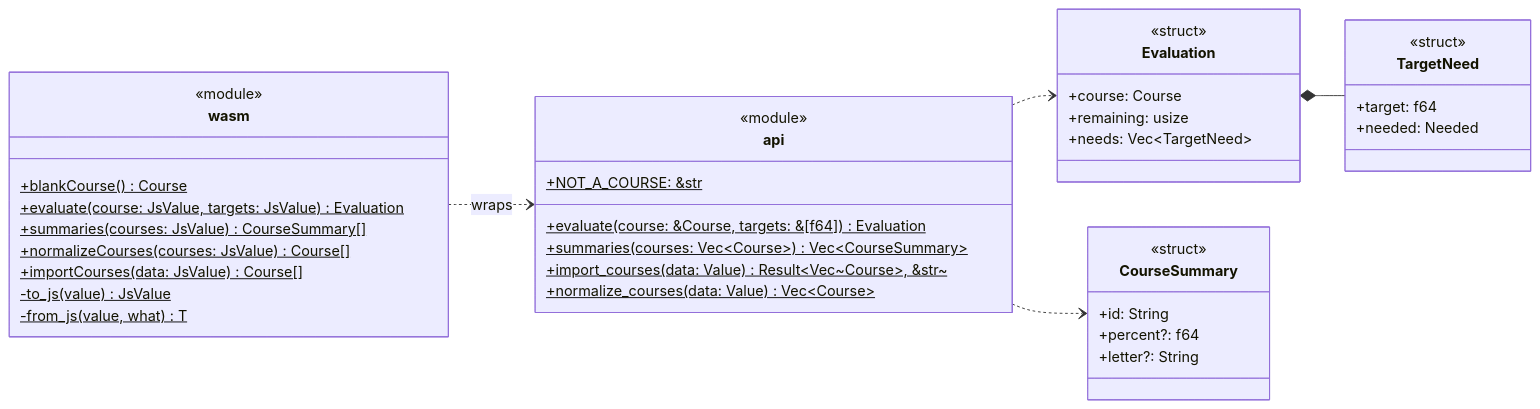
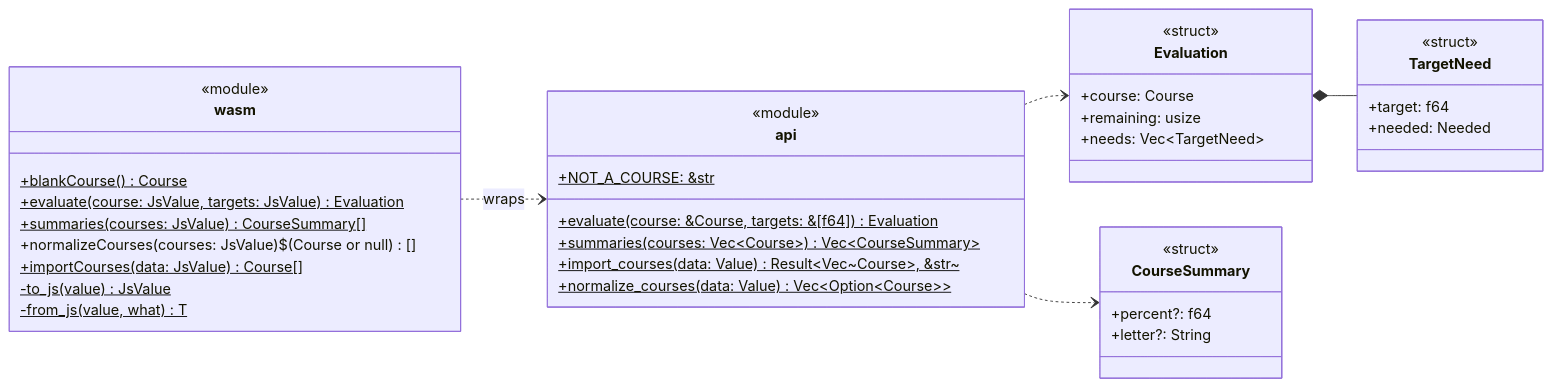
One commit to Patman1O1/grade-calculator changed the sixth of 9 diagrams in docs/uml.md. Above: the diagram before and after it, drawn with Mermaid. The commit also changed other lines of this file and 21 other files, not shown here.

````diff
--- a/docs/uml.md
+++ b/docs/uml.md
@@ -258,43 +246,42 @@
 ```mermaid
 classDiagram
   direction LR
   class wasm {
     <<module>>
     +blankCourse()$ Course
     +evaluate(course: JsValue, targets: JsValue)$ Evaluation
     +summaries(courses: JsValue)$ CourseSummary[]
-    +normalizeCourses(courses: JsValue)$ Course[]
+    +normalizeCourses(courses: JsValue)$ (Course or null)[]
     +importCourses(data: JsValue)$ Course[]
     -to_js(value)$ JsValue
     -from_js(value, what)$ T
   }
   class api {
     <<module>>
     +NOT_A_COURSE: &str$
     +evaluate(course: &Course, targets: &[f64])$ Evaluation
     +summaries(courses: Vec~Course~)$ Vec~CourseSummary~
     +import_courses(data: Value)$ Result~Vec~Course~, &str~
-    +normalize_courses(data: Value)$ Vec~Course~
+    +normalize_courses(data: Value)$ Vec~Option~Course~~
   }
   class Evaluation {
     <<struct>>
     +course: Course
     +remaining: usize
     +needs: Vec~TargetNeed~
   }
   class TargetNeed {
     <<struct>>
     +target: f64
     +needed: Needed
   }
   class CourseSummary {
     <<struct>>
-    +id: String
     +percent?: f64
     +letter?: String
   }
   wasm ..> api : wraps
   api ..> Evaluation
   Evaluation *-- TargetNeed
   api ..> CourseSummary
 ```
````
